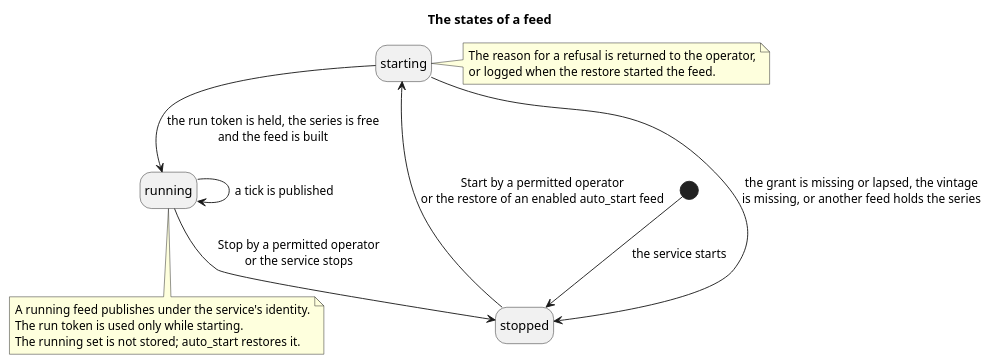
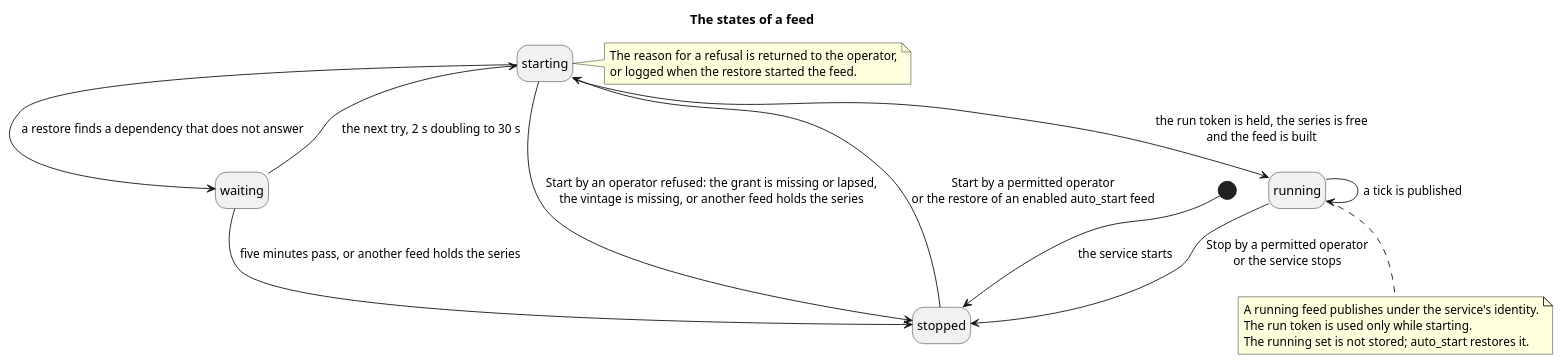
The diagram in doc/knowledge/architecture/feed_run_states.puml (OreStudio/OreStudio), drawn with PlantUML before and after one commit. The commit also changed 10 other files, not shown here.

```diff
--- a/doc/knowledge/architecture/feed_run_states.puml
+++ b/doc/knowledge/architecture/feed_run_states.puml
@@ -18,32 +18,36 @@
 @startuml
 
 title The states of a feed
 
 hide empty description
 
 state "stopped" as stopped
 state "starting" as starting
+state "waiting" as waiting
 state "running" as running
 
 [*] --> stopped : the service starts
 
 stopped --> starting : Start by a permitted operator\nor the restore of an enabled auto_start feed
 
 starting --> running : the run token is held, the series is free\nand the feed is built
-starting --> stopped : the grant is missing or lapsed, the vintage\nis missing, or another feed holds the series
+starting --> stopped : Start by an operator refused: the grant is missing or lapsed,\nthe vintage is missing, or another feed holds the series
+starting --> waiting : a restore finds a dependency that does not answer
+waiting --> starting : the next try, 2 s doubling to 30 s
+waiting --> stopped : five minutes pass, or another feed holds the series
 
 running --> stopped : Stop by a permitted operator\nor the service stops
 running --> running : a tick is published
 
 note right of starting
     The reason for a refusal is returned to the operator,
     or logged when the restore started the feed.
 end note
 
 note bottom of running
     A running feed publishes under the service's identity.
     The run token is used only while starting.
     The running set is not stored; auto_start restores it.
 end note
 
 @enduml
```
